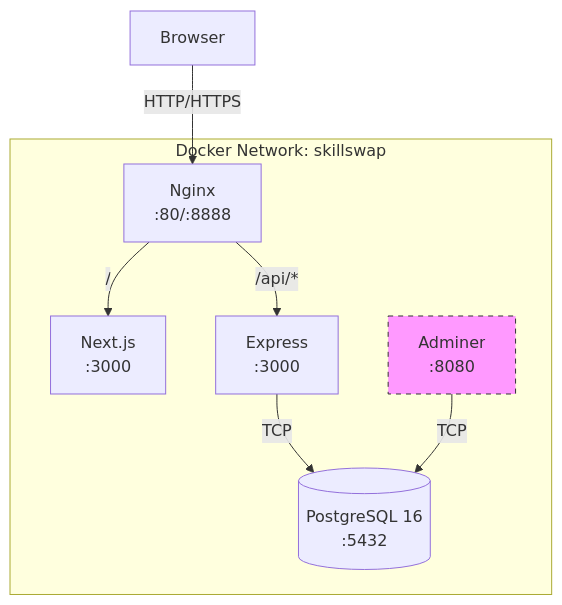
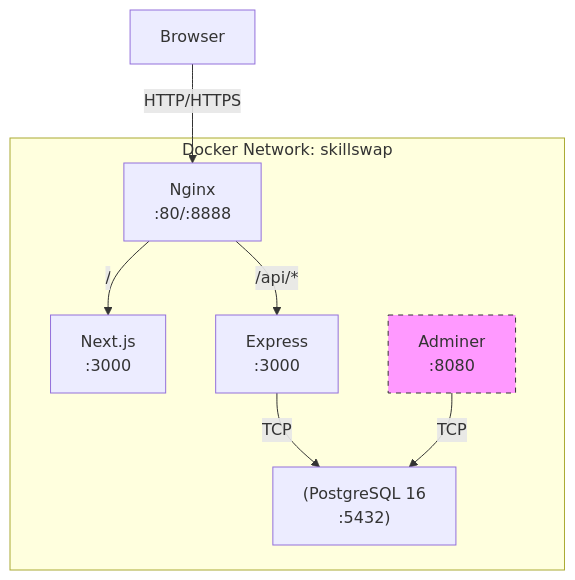
Before and after one commit to Sojeremy/documentation-skillswap: the first of 2 diagrams in docs/documentation-implementation/infrastructure/index.md, drawn with Mermaid. The commit also changed 14 other files, not shown here.

Commit message:
docs: fix syntaxe Mermaid (labels quotés sur flowchart/graph) — 15 fichiers

````diff
--- a/docs/documentation-implementation/infrastructure/index.md
+++ b/docs/documentation-implementation/infrastructure/index.md
@@ -16,18 +16,18 @@
 ```mermaid
 graph TB
     subgraph "Docker Network: skillswap"
-        NGINX[Nginx<br/>:80/:8888]
-        FRONTEND[Next.js<br/>:3000]
-        BACKEND[Express<br/>:3000]
-        POSTGRES[(PostgreSQL 16<br/>:5432)]
-        ADMINER[Adminer<br/>:8080]
+        NGINX["Nginx<br/>:80/:8888"]
+        FRONTEND["Next.js<br/>:3000"]
+        BACKEND["Express<br/>:3000"]
+        POSTGRES["(PostgreSQL 16<br/>:5432)"]
+        ADMINER["Adminer<br/>:8080"]
     end
 
-    CLIENT[Browser] -->|HTTP/HTTPS| NGINX
-    NGINX -->|/| FRONTEND
-    NGINX -->|/api/*| BACKEND
-    BACKEND -->|TCP| POSTGRES
-    ADMINER -->|TCP| POSTGRES
+    CLIENT["Browser"] -->|"HTTP/HTTPS"| NGINX
+    NGINX -->|"/"| FRONTEND
+    NGINX -->|"/api/*"| BACKEND
+    BACKEND -->|"TCP"| POSTGRES
+    ADMINER -->|"TCP"| POSTGRES
 
     style ADMINER fill:#f9f,stroke:#333,stroke-dasharray: 5 5
 ```
````
